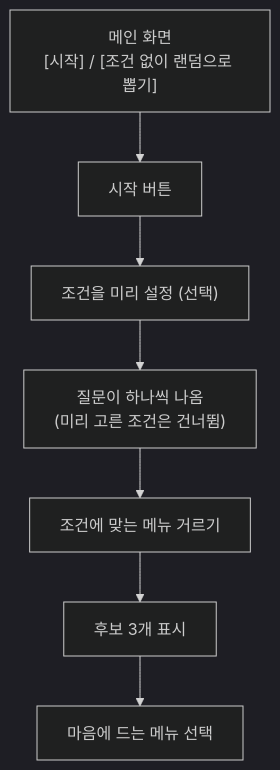
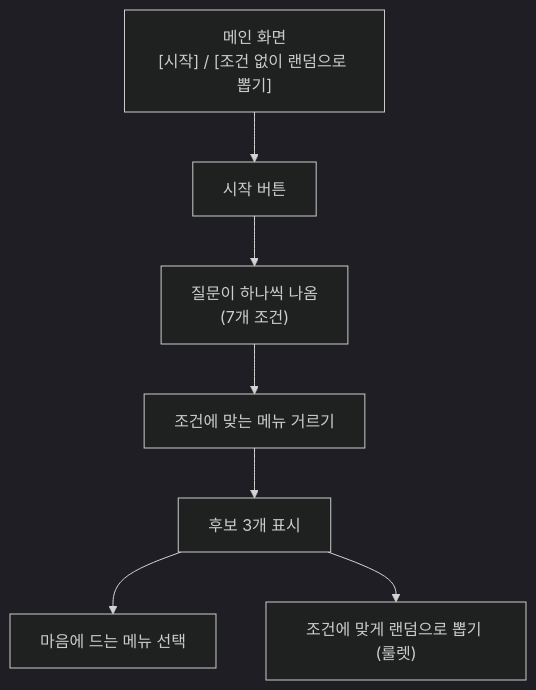
One commit to kangwoohyun999/food-recommend changed the first of 3 diagrams in 음식메뉴추천_상세기획.md. Above: the diagram before and after it, drawn with Mermaid (dark theme). The commit also changed other lines of this file and 11 other files, not shown here.

````diff
--- a/음식메뉴추천_상세기획.md
+++ b/음식메뉴추천_상세기획.md
@@ -79,9 +79,9 @@
 ```mermaid
 flowchart TD
     A["메인 화면<br/>[시작] / [조건 없이 랜덤으로 뽑기]"] --> C[시작 버튼]
-    C --> B["조건을 미리 설정 (선택)"]
-    B --> D["질문이 하나씩 나옴<br/>(미리 고른 조건은 건너뜀)"]
+    C --> D["질문이 하나씩 나옴<br/>(7개 조건)"]
     D --> E[조건에 맞는 메뉴 거르기]
     E --> F[후보 3개 표시]
     F --> G[마음에 드는 메뉴 선택]
+    F --> H["조건에 맞게 랜덤으로 뽑기 (룰렛)"]
 ```
````
